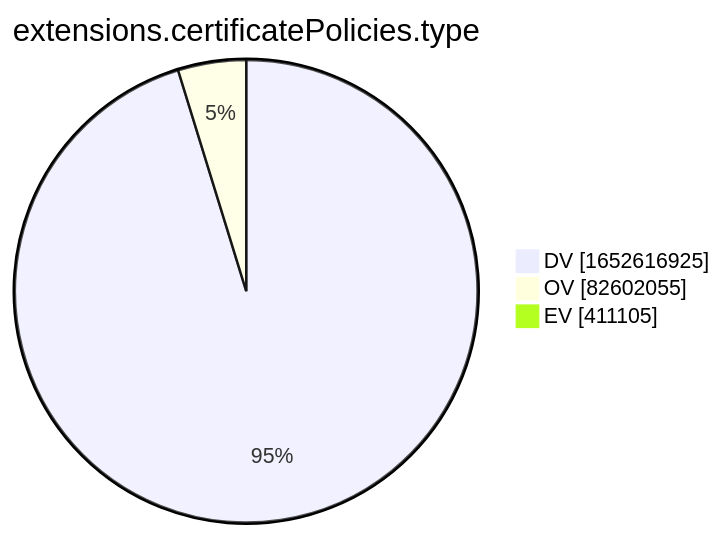
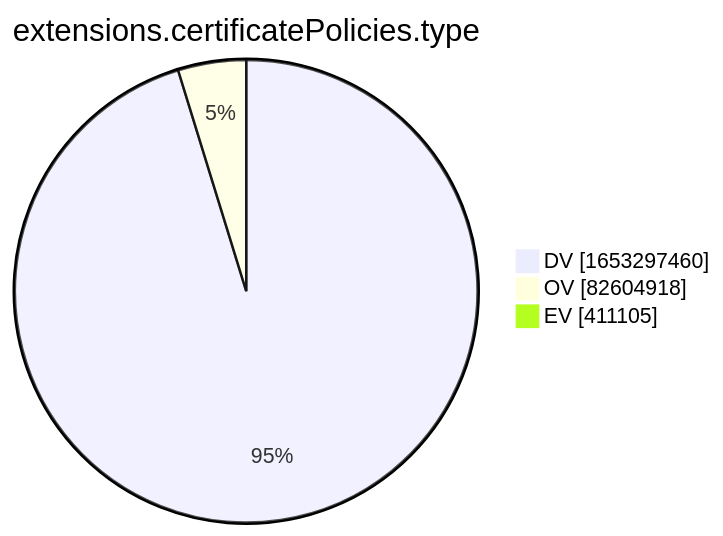
One commit to christiankrug/ctmonitor_visualization changed the tenth of 15 diagrams in xenon2022/README.md. Above: the diagram before and after it, drawn with Mermaid. The commit also changed other lines of this file, not shown here.

````diff
--- a/xenon2022/README.md
+++ b/xenon2022/README.md
@@ -2880,7 +2880,7 @@
 ```mermaid
 pie showData
 title extensions.certificatePolicies.type
-"DV" :1652616925
-"OV" :82602055
+"DV" :1653297460
+"OV" :82604918
 "EV" :411105
 ```
````
